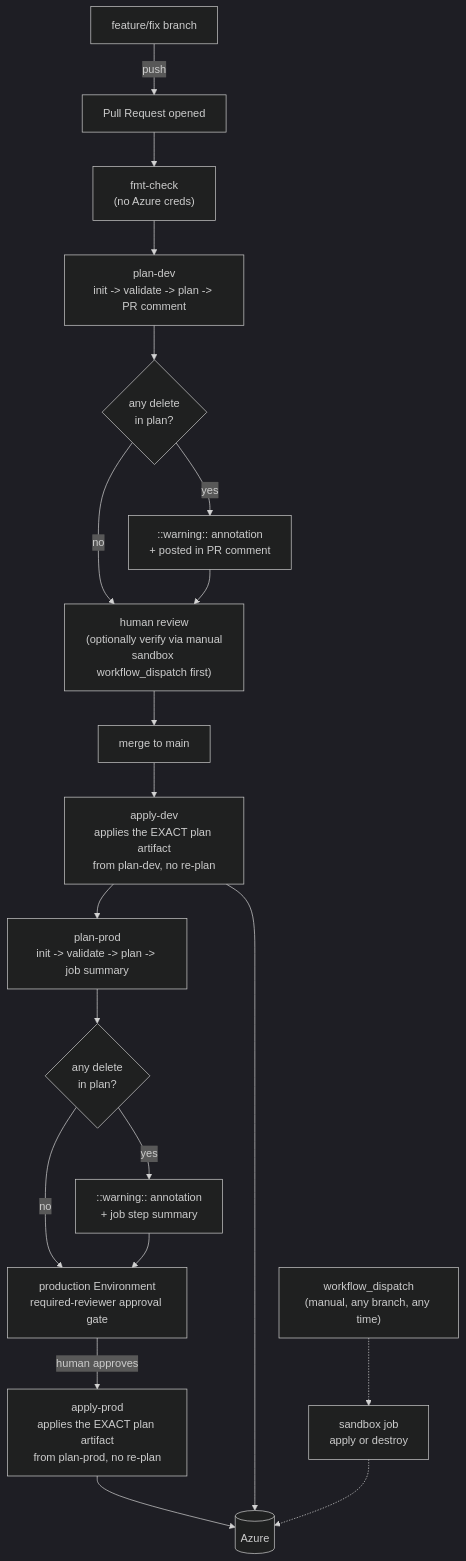
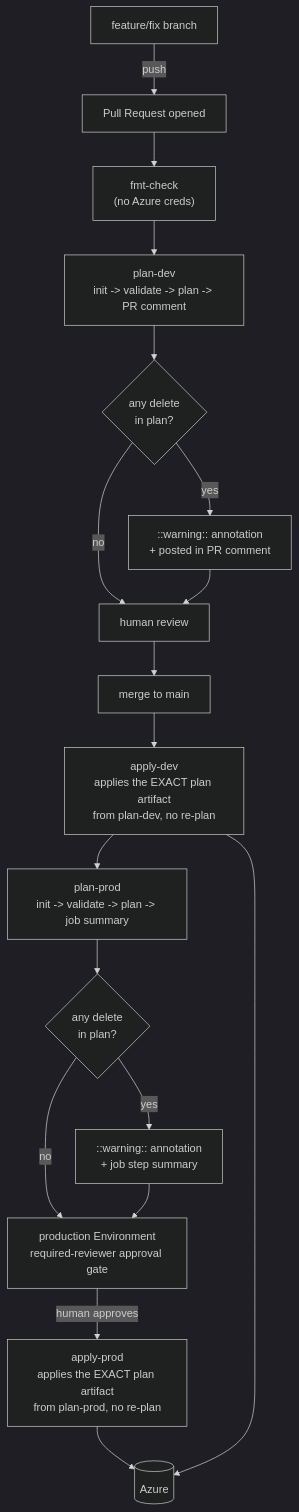
One commit to oseliocandido/terraform-azure changed the third of 4 diagrams in docs/ARCHITECTURE.md. Above: the diagram before and after it, drawn with Mermaid (dark theme). The commit also changed other lines of this file and 43 other files, not shown here.

````diff
--- a/docs/ARCHITECTURE.md
+++ b/docs/ARCHITECTURE.md
@@ -82,25 +75,22 @@
 ```mermaid
 flowchart TB
     FB["feature/fix branch"] -->|push| PR["Pull Request opened"]
     PR --> FMT["fmt-check\n(no Azure creds)"]
     FMT --> PD["plan-dev\ninit -> validate -> plan -> PR comment"]
     PD --> FR1{"any delete\nin plan?"}
     FR1 -->|yes| WARN1["::warning:: annotation\n+ posted in PR comment"]
     FR1 -->|no| REVIEW
-    WARN1 --> REVIEW["human review\n(optionally verify via manual\nsandbox workflow_dispatch first)"]
+    WARN1 --> REVIEW["human review"]
     REVIEW --> MERGE["merge to main"]
 
     MERGE --> AD["apply-dev\napplies the EXACT plan artifact\nfrom plan-dev, no re-plan"]
     AD --> PP["plan-prod\ninit -> validate -> plan -> job summary"]
     PP --> FR2{"any delete\nin plan?"}
     FR2 -->|yes| WARN2["::warning:: annotation\n+ job step summary"]
     FR2 -->|no| GATE
     WARN2 --> GATE["production Environment\nrequired-reviewer approval gate"]
     GATE -->|human approves| AP["apply-prod\napplies the EXACT plan artifact\nfrom plan-prod, no re-plan"]
 
     AP --> AZURE[("Azure")]
     AD --> AZURE
-
-    DISPATCH["workflow_dispatch\n(manual, any branch, any time)"] -.-> SBX["sandbox job\napply or destroy"]
-    SBX -.-> AZURE
 ```
````
